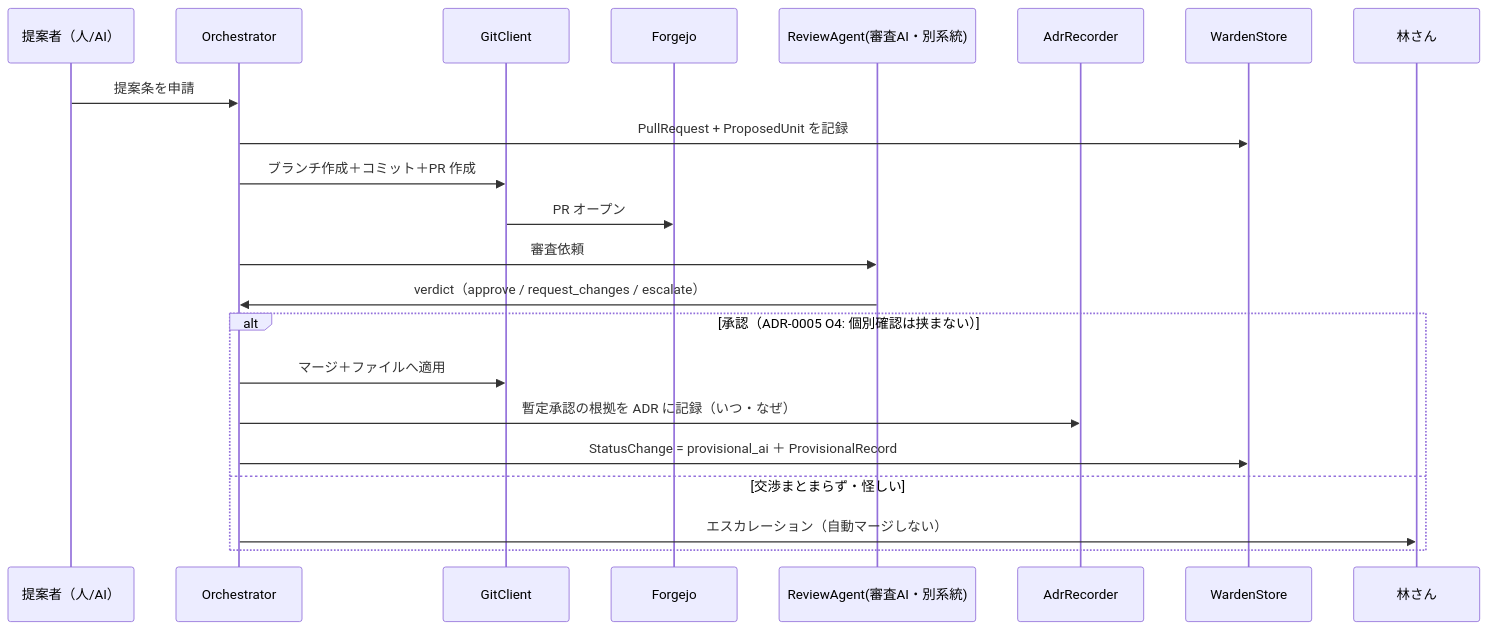
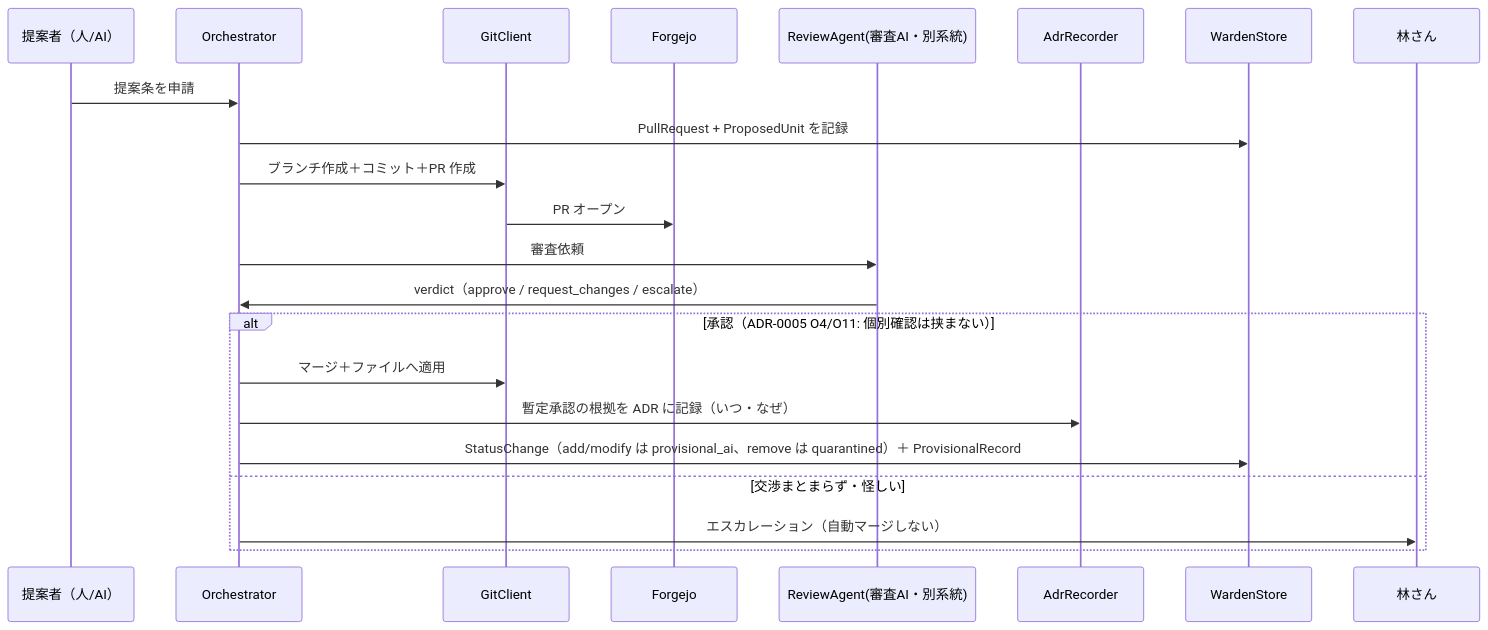
The fifth of 6 diagrams in docs/adr/0002.5-domain-model.md (khayashi4337/rule-warden), drawn with Mermaid before and after one commit. The commit also changed 2 other files, not shown here.

Commit message:
再レビュー残り修正＋Forgejo初期設定完了の記録
- 0002 P7: 復元が「そのまま移動し直す」前提で O10（サニタイズ版を
  挿入）と衝突していたのを修正。位置決めはアンカーで変わらず
- 0002.5 S3: remove 提案の適用は provisional_ai ではなく
  quarantined が正しい遷移として明記（O11 追記反映）
- HANDOFF: Forgejo 初期設定完了（warden-admin、claude-rules 作成）、
  「仮の決定」解消プランをフェーズ0〜4として記録

Generated with [Devin](https://devin.ai)

````diff
--- a/docs/adr/0002.5-domain-model.md
+++ b/docs/adr/0002.5-domain-model.md
@@ -264,25 +264,25 @@
 ```mermaid
 sequenceDiagram
     participant P as 提案者（人/AI）
     participant O as Orchestrator
     participant GC as GitClient
     participant F as Forgejo
     participant RA as ReviewAgent(審査AI・別系統)
     participant AR as AdrRecorder
     participant DB as WardenStore
     participant H as 林さん
 
     P->>O: 提案条を申請
     O->>DB: PullRequest + ProposedUnit を記録
     O->>GC: ブランチ作成＋コミット＋PR 作成
     GC->>F: PR オープン
     O->>RA: 審査依頼
     RA->>O: verdict（approve / request_changes / escalate）
-    alt 承認（ADR-0005 O4: 個別確認は挟まない）
+    alt 承認（ADR-0005 O4/O11: 個別確認は挟まない）
         O->>GC: マージ＋ファイルへ適用
         O->>AR: 暫定承認の根拠を ADR に記録（いつ・なぜ）
-        O->>DB: StatusChange = provisional_ai ＋ ProvisionalRecord
+        O->>DB: StatusChange（add/modify は provisional_ai、remove は quarantined）＋ ProvisionalRecord
     else 交渉まとまらず・怪しい
         O->>H: エスカレーション（自動マージしない）
     end
 ```
````
